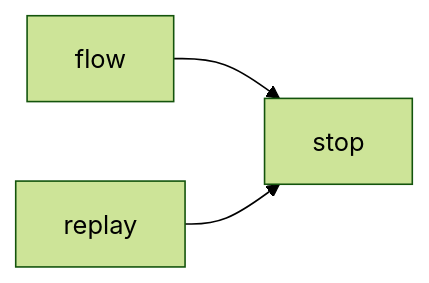
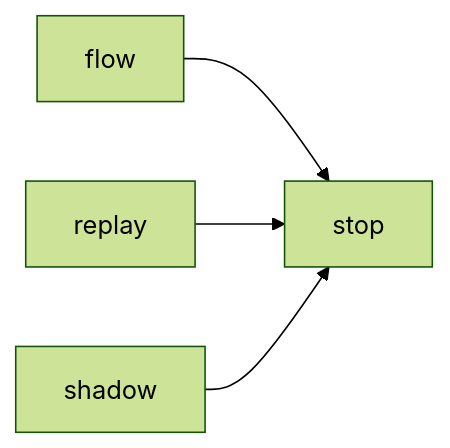
The diagram in docs/architecture/modules/stop.md (plaplanche/ariane), drawn with Mermaid (forest theme) before and after one commit. The commit also changed other lines of this file and 33 other files, not shown here.

Commit message:
#120: Generate the module dependency graphs of the architecture docs from the code (C25)

````diff
--- a/docs/architecture/modules/stop.md
+++ b/docs/architecture/modules/stop.md
@@ -13,5 +14,6 @@
 ```mermaid
 flowchart LR
   flow --> stop
   replay --> stop
+  shadow --> stop
 ```
````
